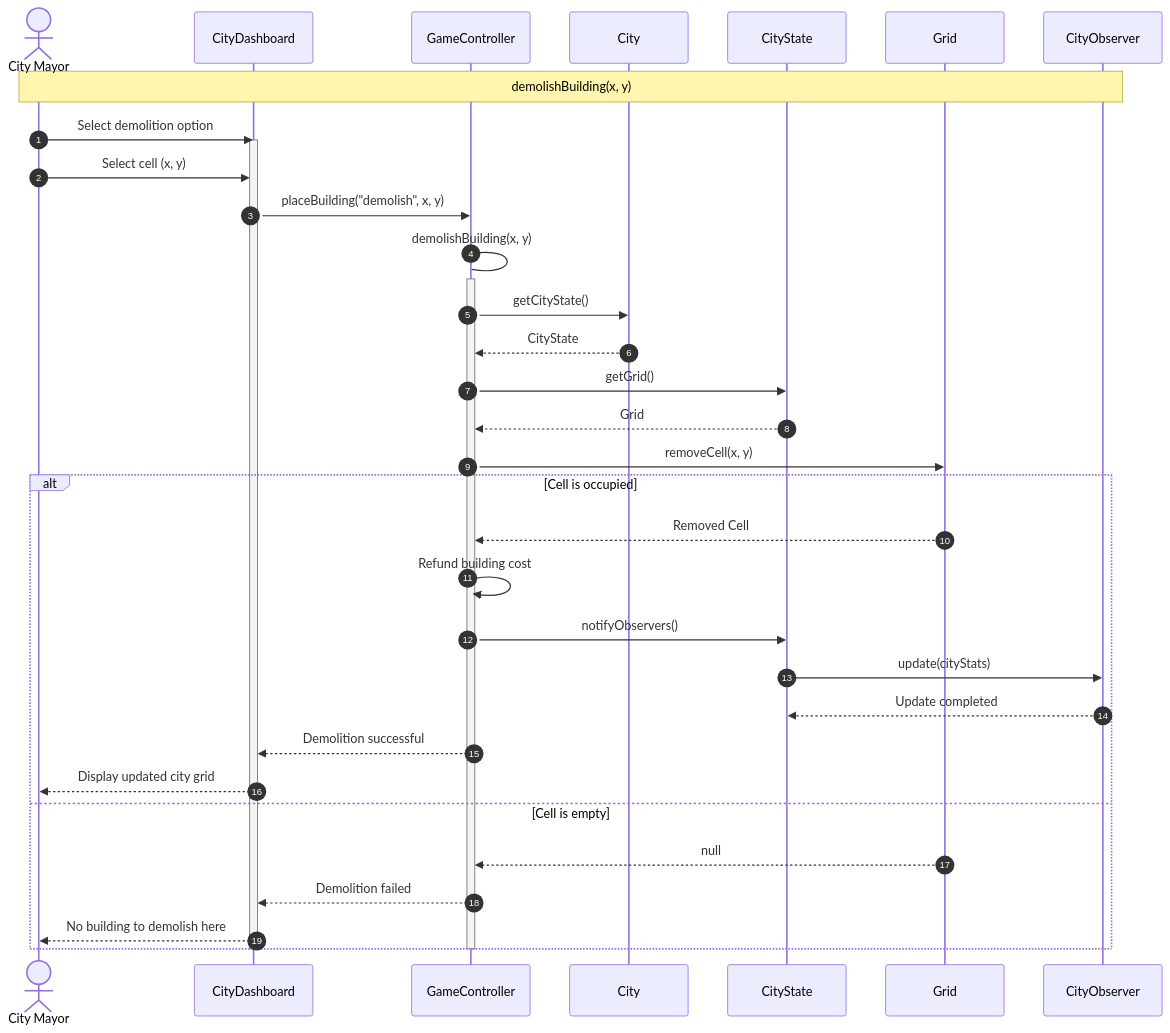
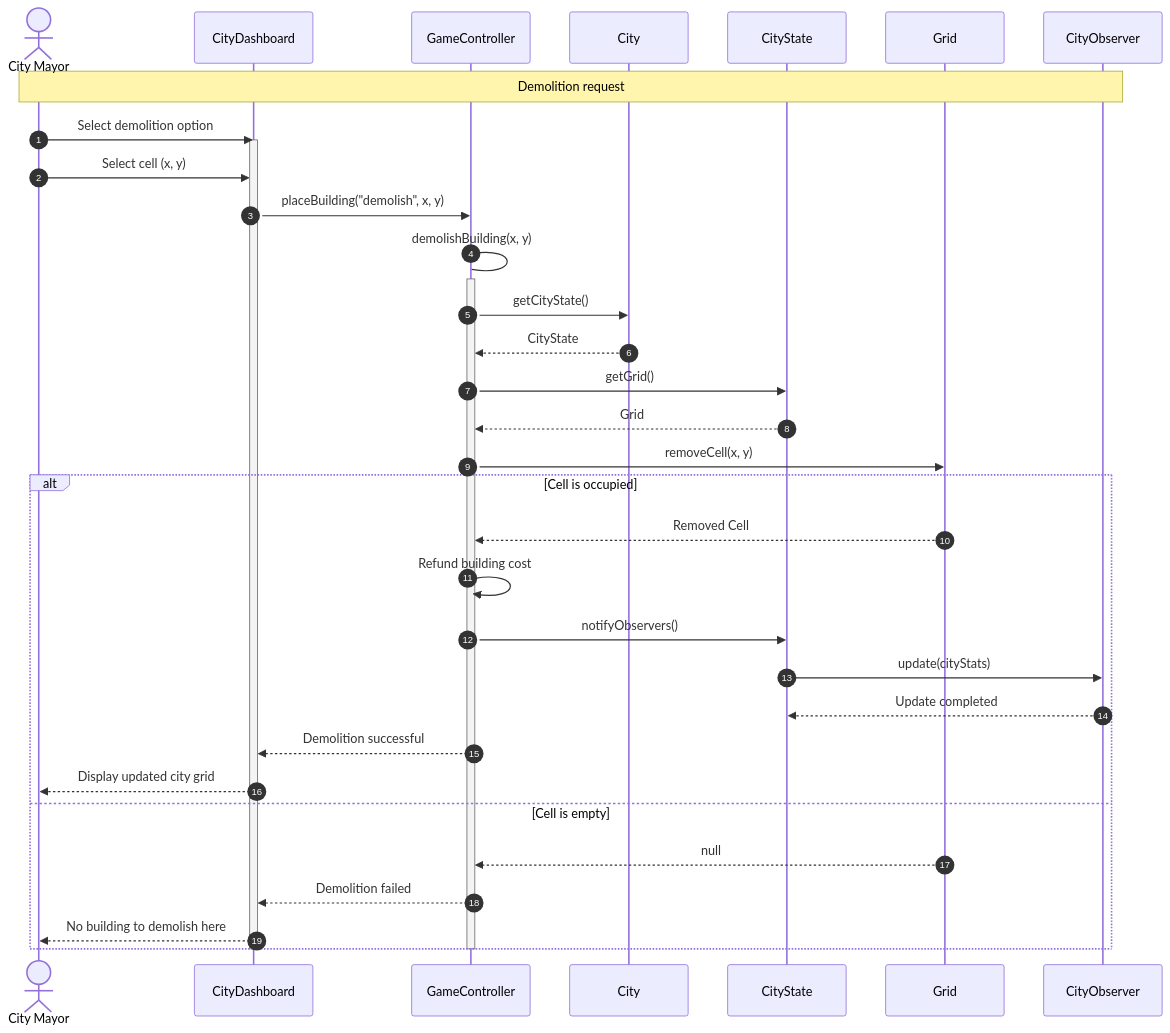
One commit to andreatoson3-netizen/Amatriciana changed the diagram in docs/INTERNAL-SEQUENCE-DIAGRAM/isd-demolish-entity.md. Above: the diagram before and after it, drawn with Mermaid.

````diff
--- a/docs/INTERNAL-SEQUENCE-DIAGRAM/isd-demolish-entity.md
+++ b/docs/INTERNAL-SEQUENCE-DIAGRAM/isd-demolish-entity.md
@@ -1,47 +1,47 @@
 ```mermaid
 sequenceDiagram
     autonumber
     actor Mayor as City Mayor
     participant Dashboard as CityDashboard
     participant Controller as GameController
     participant City as City
     participant State as CityState
     participant Grid as Grid
     participant Observer as CityObserver
 
-    Note over Mayor,Observer: demolishBuilding(x, y)
+    Note over Mayor,Observer: Demolition request
 
     Mayor->>Dashboard: Select demolition option
     activate Dashboard
 
     Mayor->>Dashboard: Select cell (x, y)
     Dashboard->>Controller: placeBuilding("demolish", x, y)
     Controller -> Controller: demolishBuilding(x, y)
     activate Controller
 
     Controller->>City: getCityState()
     City-->>Controller: CityState
 
     Controller->>State: getGrid()
     State-->>Controller: Grid
 
     Controller->>Grid: removeCell(x, y)
 
     alt Cell is occupied
         Grid-->>Controller: Removed Cell
         Controller->>Controller: Refund building cost
         Controller->>State: notifyObservers()
         State->>Observer: update(cityStats)
         Observer-->>State: Update completed
         Controller-->>Dashboard: Demolition successful
         Dashboard-->>Mayor: Display updated city grid
 
     else Cell is empty
         Grid-->>Controller: null
         Controller-->>Dashboard: Demolition failed
         Dashboard-->>Mayor: No building to demolish here
     end
 
     deactivate Controller
     deactivate Dashboard
 ```
````
